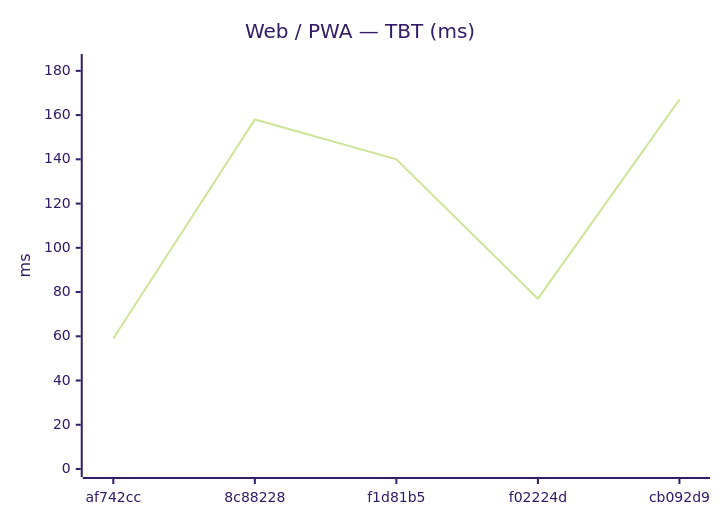
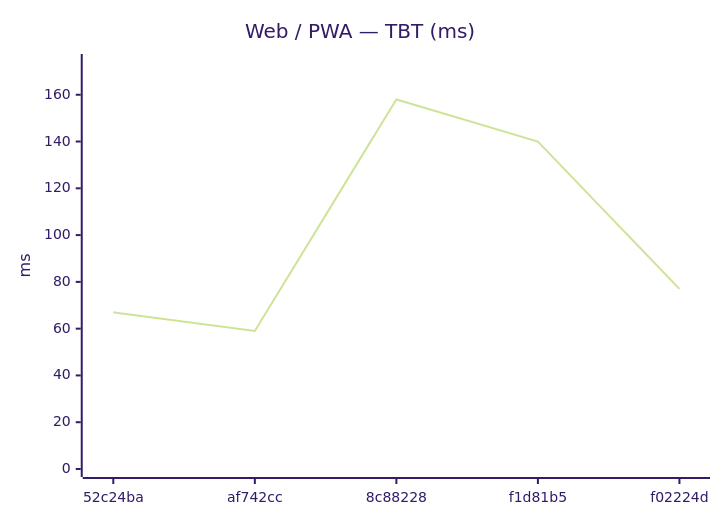
The eighth of 18 diagrams in benchmarks/compare.md (Metaheurist/Rianell), drawn with Mermaid (forest theme) before and after one commit. The commit also changed other lines of this file and 11 other files, not shown here.

````diff
--- a/benchmarks/compare.md
+++ b/benchmarks/compare.md
@@ -124,7 +124,7 @@
 ```mermaid
 xychart-beta
     title "Web / PWA — TBT (ms)"
-    x-axis ["af742cc", "8c88228", "f1d81b5", "f02224d", "cb092d9"]
-    y-axis "ms" 0 --> 184
-    line [59, 158, 140, 77, 167]
+    x-axis ["52c24ba", "af742cc", "8c88228", "f1d81b5", "f02224d"]
+    y-axis "ms" 0 --> 174
+    line [67, 59, 158, 140, 77]
 ```
````
